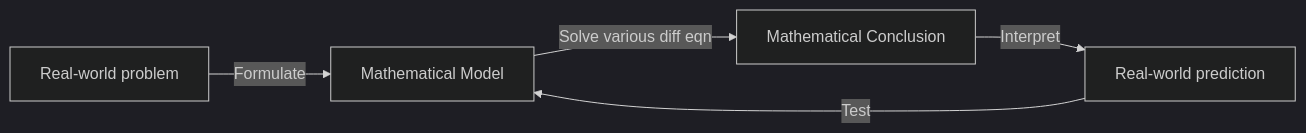
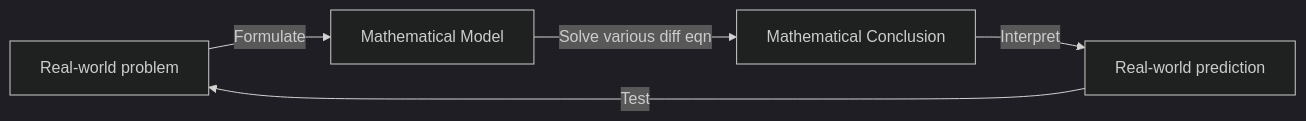
One commit to Firojpaudel/College-Notes changed the fourth of 4 diagrams in 5th Semester/Simulation and Modelling/Simulation&Modelling.md. Above: the diagram before and after it, drawn with Mermaid (dark theme). The commit also changed other lines of this file, not shown here.

````diff
--- a/5th Semester/Simulation and Modelling/Simulation&Modelling.md
+++ b/5th Semester/Simulation and Modelling/Simulation&Modelling.md
@@ -256,7 +256,7 @@
 ```mermaid
 graph LR
     A[Real-world problem] -->|Formulate| B[Mathematical Model]
     B --> |Solve various diff eqn|C[Mathematical Conclusion]
     C --> |Interpret| D[Real-world prediction]
-    D -->|Test| B
+    D -->|Test| A
 ```
````
